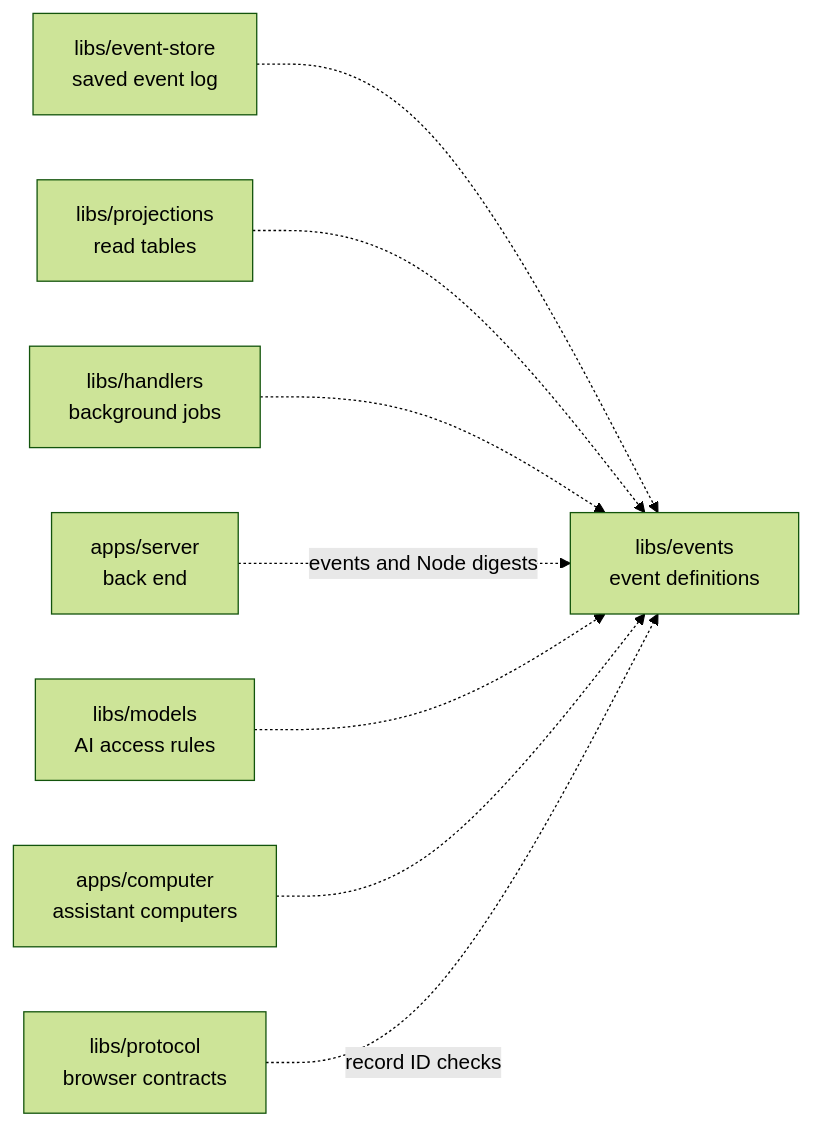
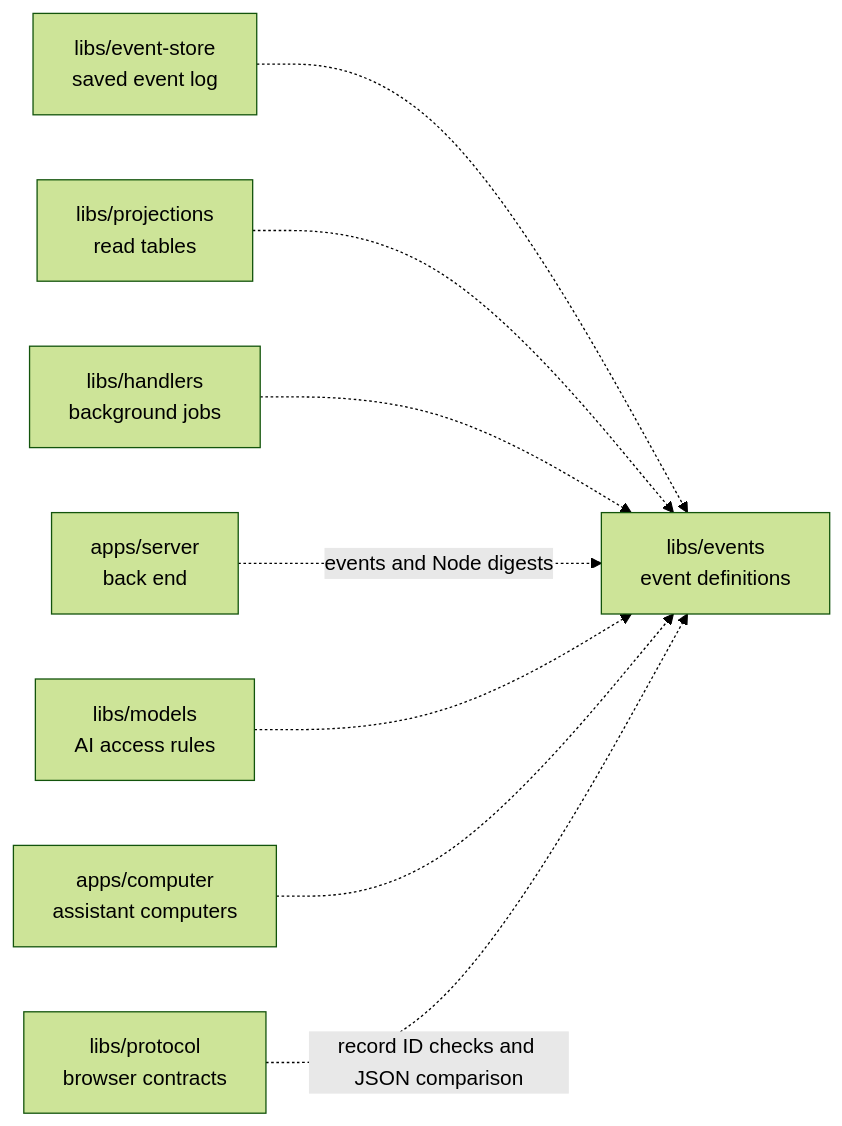
One commit to elewa-git/opencrane-new changed the diagram in libs/events/README.md. Above: the diagram before and after it, drawn with Mermaid (forest theme). The commit also changed other lines of this file and 5 other files, not shown here.

Commit message:
⚖️ Share JSON comparison with keys sorted at every depth

````diff
--- a/libs/events/README.md
+++ b/libs/events/README.md
@@ -17,10 +17,10 @@
 ```mermaid
 flowchart LR
   store["libs/event-store<br/>saved event log"] -.-> events["libs/events<br/>event definitions"]
   projections["libs/projections<br/>read tables"] -.-> events
   handlers["libs/handlers<br/>background jobs"] -.-> events
   server["apps/server<br/>back end"] -.->|events and Node digests| events
   models["libs/models<br/>AI access rules"] -.-> events
   computer["apps/computer<br/>assistant computers"] -.-> events
-  protocol["libs/protocol<br/>browser contracts"] -.->|record ID checks| events
+  protocol["libs/protocol<br/>browser contracts"] -.->|record ID checks and JSON comparison| events
 ```
````
